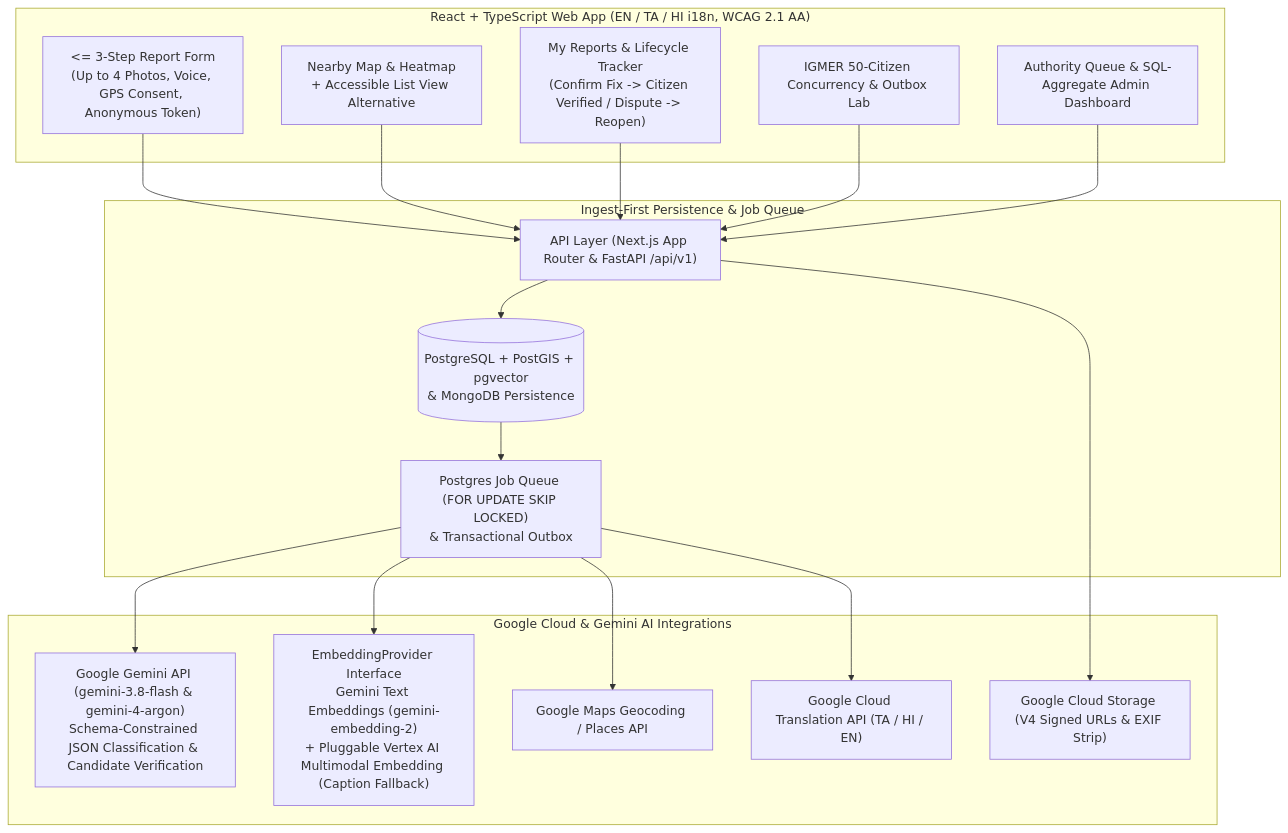
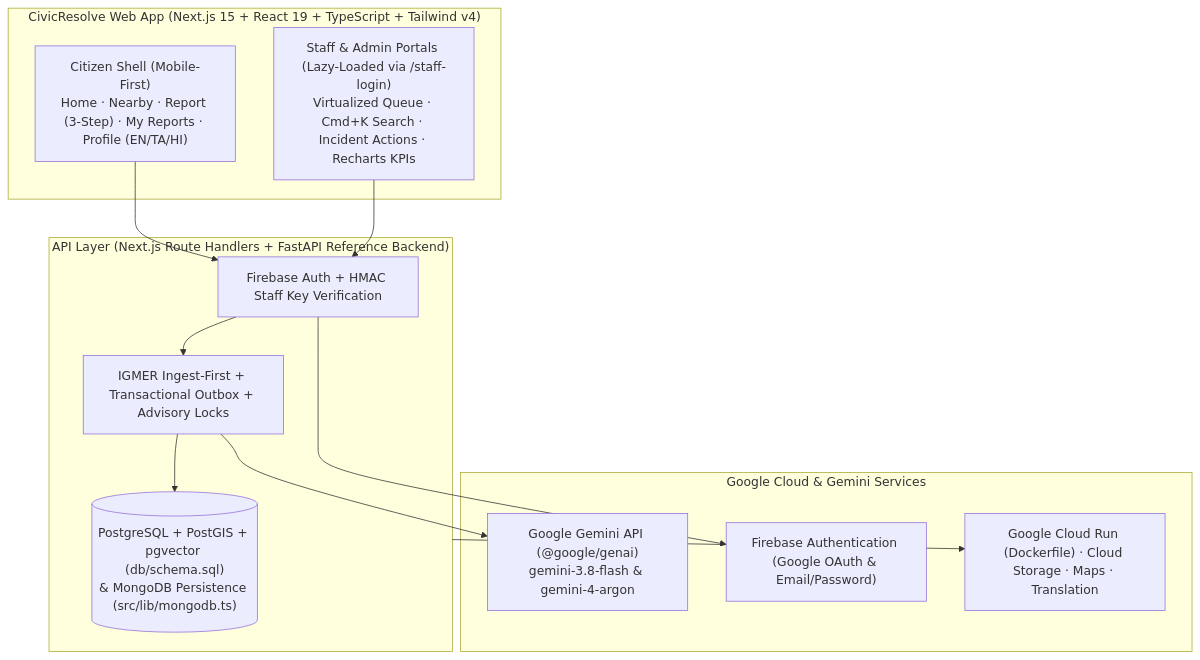
One commit to samcartier08-afk/civicresolve changed the diagram in README.md. Above: the diagram before and after it, drawn with Mermaid. The commit also changed other lines of this file, not shown here.

Commit message:
docs: add final production README for CivicResolve

````diff
--- a/README.md
+++ b/README.md
@@ -10,37 +40,27 @@
 ```mermaid
 flowchart TB
-  subgraph Citizen_And_Authority_UI ["React + TypeScript Web App (EN / TA / HI i18n, WCAG 2.1 AA)"]
-    R["<= 3-Step Report Form<br/>(Up to 4 Photos, Voice, GPS Consent, Anonymous Token)"]
-    M["Nearby Map & Heatmap<br/>+ Accessible List View Alternative"]
-    T["My Reports & Lifecycle Tracker<br/>(Confirm Fix -> Citizen Verified / Dispute -> Reopen)"]
-    L["IGMER 50-Citizen Concurrency & Outbox Lab"]
-    A["Authority Queue & SQL-Aggregate Admin Dashboard"]
+  subgraph Client ["CivicResolve Web App (Next.js 15 + React 19 + TypeScript + Tailwind v4)"]
+    CIT["Citizen Shell (Mobile-First)<br/>Home · Nearby · Report (3-Step) · My Reports · Profile (EN/TA/HI)"]
+    STAFF["Staff & Admin Portals (Lazy-Loaded via /staff-login)<br/>Virtualized Queue · Cmd+K Search · Incident Actions · Recharts KPIs"]
   end
 
-  subgraph Ingestion_And_Queue ["Ingest-First Persistence & Job Queue"]
-    API["API Layer (Next.js App Router & FastAPI /api/v1)"]
-    DB[("PostgreSQL + PostGIS + pgvector<br/>& MongoDB Persistence")]
-    Q["Postgres Job Queue (FOR UPDATE SKIP LOCKED)<br/>& Transactional Outbox"]
+  subgraph API ["API Layer (Next.js Route Handlers + FastAPI Reference Backend)"]
+    AUTH["Firebase Auth + HMAC Staff Key Verification"]
+    INGEST["IGMER Ingest-First + Transactional Outbox + Advisory Locks"]
+    DB[("PostgreSQL + PostGIS + pgvector (db/schema.sql)<br/>& MongoDB Persistence (src/lib/mongodb.ts)")]
   end
 
-  subgraph Google_Services ["Google Cloud & Gemini AI Integrations"]
-    G["Google Gemini API (gemini-3.8-flash & gemini-4-argon)<br/>Schema-Constrained JSON Classification & Candidate Verification"]
-    EMB["EmbeddingProvider Interface<br/>Gemini Text Embeddings (gemini-embedding-2)<br/>+ Pluggable Vertex AI Multimodal Embedding (Caption Fallback)"]
-    MAPS["Google Maps Geocoding / Places API"]
-    TRANS["Google Cloud Translation API (TA / HI / EN)"]
-    GCS["Google Cloud Storage (V4 Signed URLs & EXIF Strip)"]
+  subgraph Google ["Google Cloud & Gemini Services"]
+    GEM["Google Gemini API (@google/genai)<br/>gemini-3.8-flash & gemini-4-argon"]
+    FB["Firebase Authentication (Google OAuth & Email/Password)"]
+    GCP["Google Cloud Run (Dockerfile) · Cloud Storage · Maps · Translation"]
   end
 
-  R --> API
-  M --> API
-  T --> API
-  L --> API
-  A --> API
-  API --> DB
-  DB --> Q
-  Q --> G
-  Q --> EMB
-  Q --> MAPS
-  Q --> TRANS
-  API --> GCS
+  CIT --> AUTH
+  STAFF --> AUTH
+  AUTH --> INGEST
+  INGEST --> DB
+  INGEST --> GEM
+  AUTH --> FB
+  API --> GCP
 ```
````
